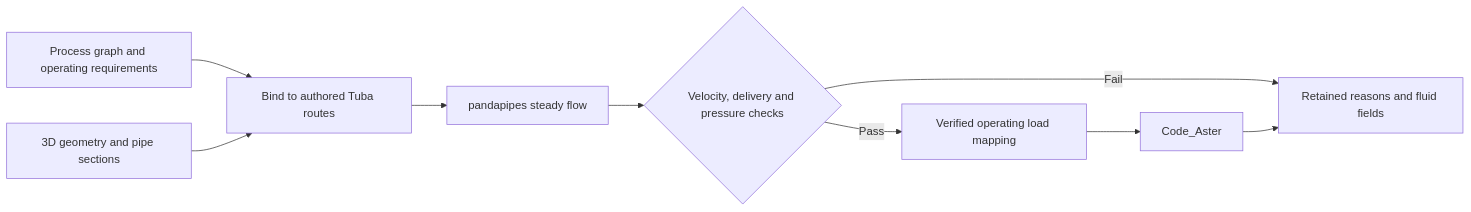
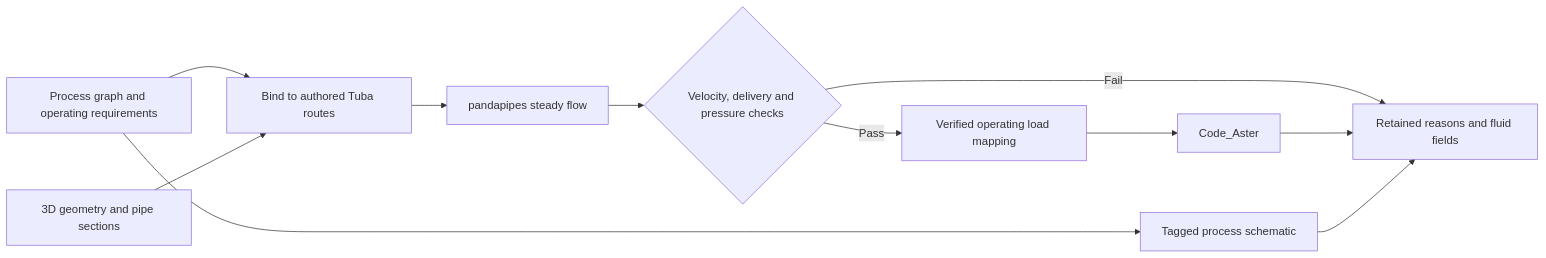
The diagram in docs/content/process-networks.md (jgwagenfeld/Tuba_v4), drawn with Mermaid before and after one commit. The commit also changed other lines of this file and 16 other files, not shown here.

Commit message:
Add linked process schematics and center the vision on pandapipes

````diff
--- a/docs/content/process-networks.md
+++ b/docs/content/process-networks.md
@@ -8,11 +9,13 @@
 ```mermaid
 flowchart LR
     P[Process graph and operating requirements] --> B[Bind to authored Tuba routes]
+    P --> D[Tagged process schematic]
     G[3D geometry and pipe sections] --> B
     B --> M[pandapipes steady flow]
     M --> C{Velocity, delivery and pressure checks}
     C -->|Fail| R[Retained reasons and fluid fields]
     C -->|Pass| L[Verified operating load mapping]
     L --> A[Code_Aster]
     A --> R
+    D --> R
 ```
````
